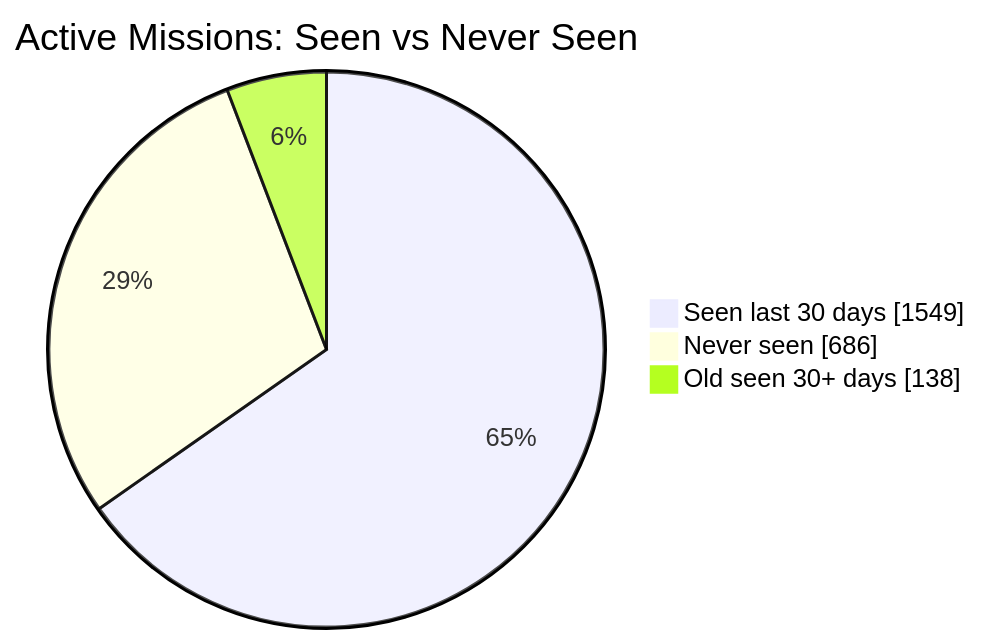
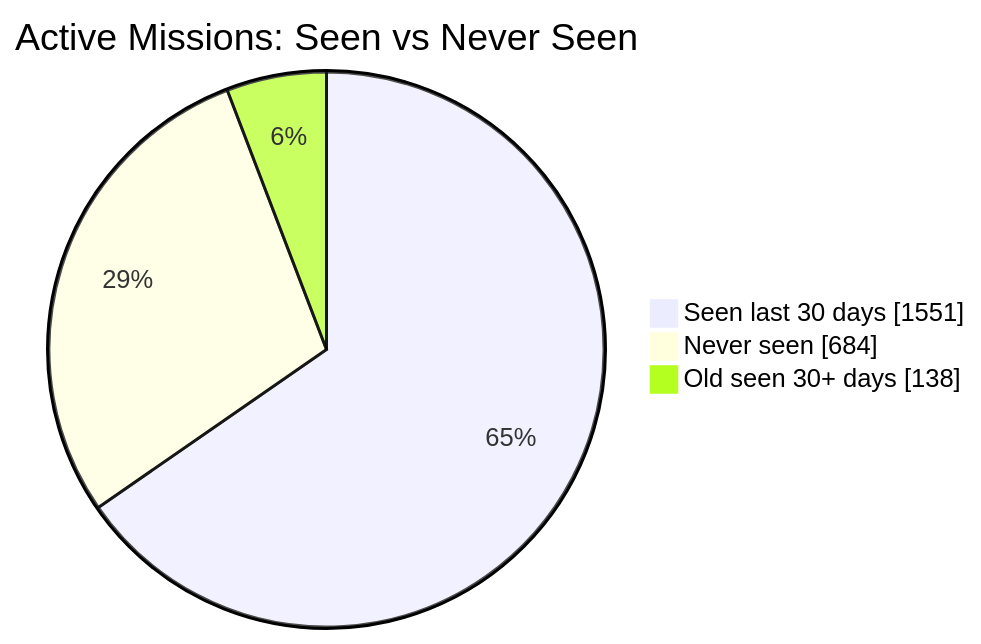
One commit to MeldkamerspelGameTeam/active-missions changed the first of 2 diagrams in README.md. Above: the diagram before and after it, drawn with Mermaid. The commit also changed other lines of this file and 2 other files, not shown here.

````diff
--- a/README.md
+++ b/README.md
@@ -34,7 +34,7 @@
 ```mermaid
 pie showData
     title Active Missions: Seen vs Never Seen
-    "Seen last 30 days" : 1549
-    "Never seen" : 686
+    "Seen last 30 days" : 1551
+    "Never seen" : 684
     "Old seen 30+ days" : 138
 ```
````
